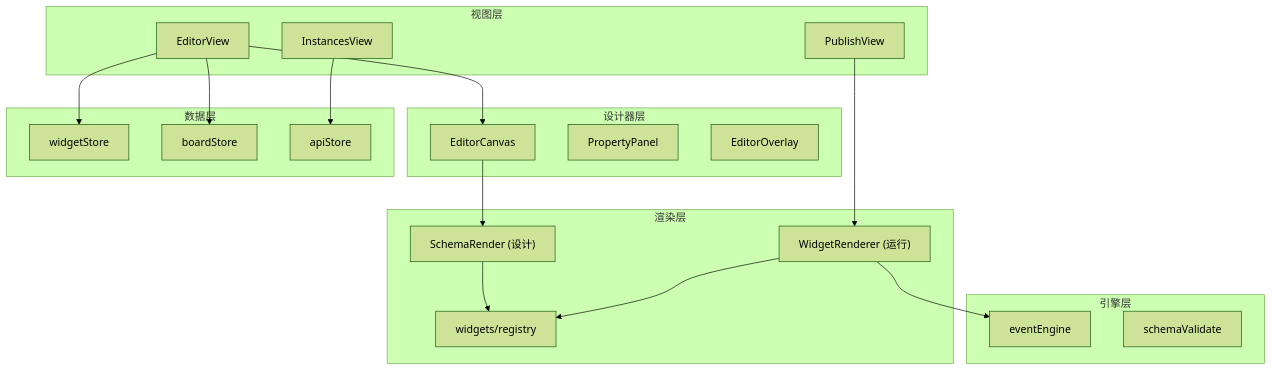
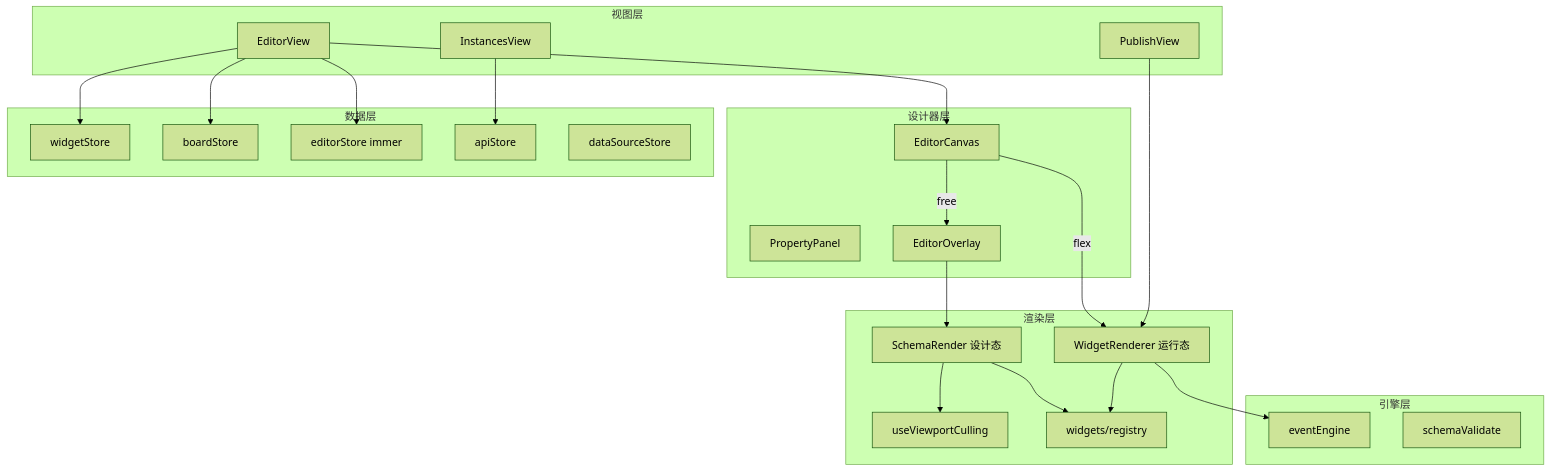
One commit to nan1010082085/form-editor changed the diagram in docs/architecture.md. Above: the diagram before and after it, drawn with Mermaid (forest theme). The commit also changed other lines of this file and 8 other files, not shown here.

First line of the commit message:
docs(editor): regenerate README and align product/architecture docs

````diff
--- a/docs/architecture.md
+++ b/docs/architecture.md
@@ -37,38 +37,44 @@
 ```mermaid
 flowchart TB
   subgraph views [视图层]
     Inst["InstancesView"]
     Ed["EditorView"]
     Pub["PublishView"]
   end
 
   subgraph designer [设计器层]
     Canvas["EditorCanvas"]
     Panel["PropertyPanel"]
     Overlay["EditorOverlay"]
   end
 
   subgraph render [渲染层]
-    SR["SchemaRender (设计)"]
-    WR["WidgetRenderer (运行)"]
+    SR["SchemaRender 设计态"]
+    WR["WidgetRenderer 运行态"]
+    Cull["useViewportCulling"]
     Registry["widgets/registry"]
   end
 
   subgraph data [数据层]
     WS["widgetStore"]
     BS["boardStore"]
+    ES["editorStore immer"]
     AS["apiStore"]
+    DS["dataSourceStore"]
   end
 
   subgraph engine [引擎层]
     EE["eventEngine"]
     Val["schemaValidate"]
   end
 
-  Ed --> Canvas --> SR --> Registry
+  Ed --> Canvas
+  Canvas -->|free| Overlay --> SR
+  Canvas -->|flex| WR
+  SR --> Cull
+  SR --> Registry
   Pub --> WR --> Registry
-  Ed --> WS
-  Ed --> BS
   WR --> EE
+  Ed --> WS & BS & ES
   Inst --> AS
 ```
````
